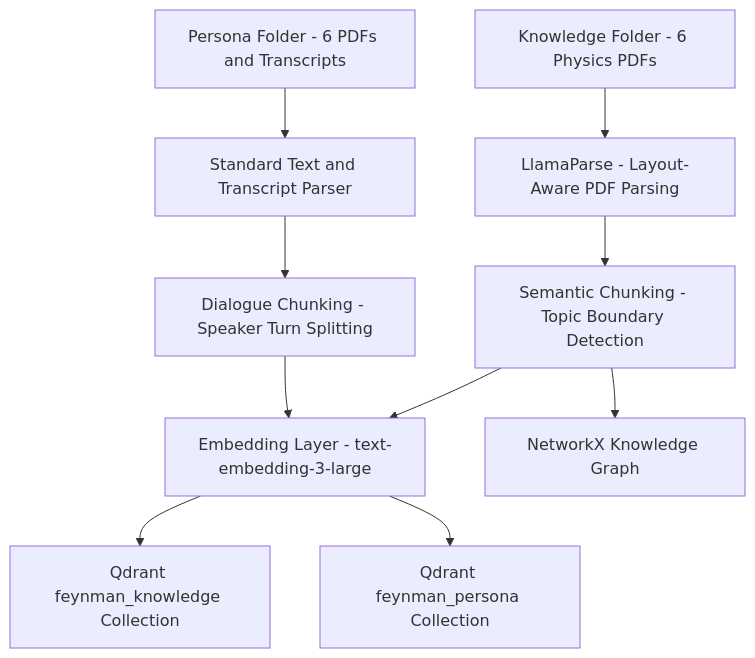
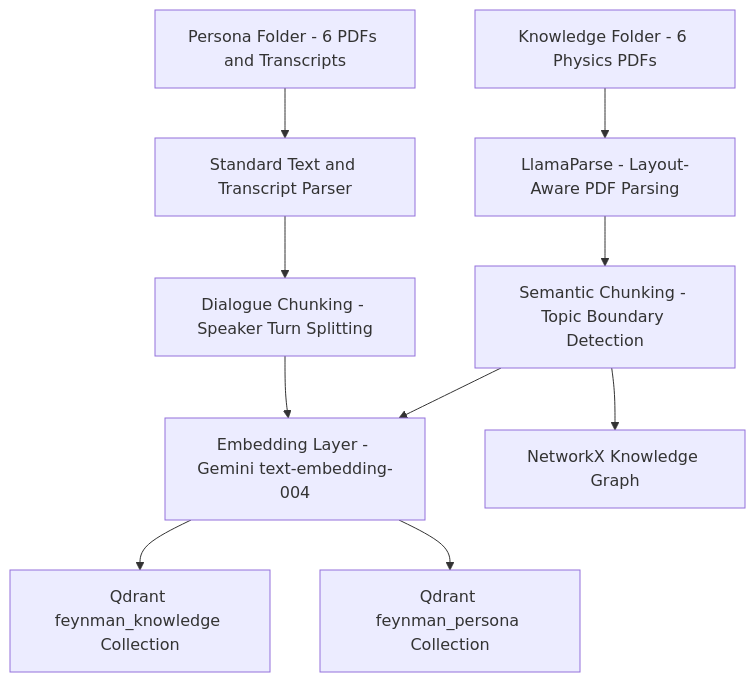
The second of 2 diagrams in README.md (RajatRawal-06/Digital_Twin_Rag), drawn with Mermaid before and after one commit. The commit also changed other lines of this file and 3 other files, not shown here.

Commit message:
Replace OpenAI embeddings with Gemini text-embedding-004: no OpenAI key needed, uses existing Gemini API key

````diff
--- a/README.md
+++ b/README.md
@@ -165,15 +165,15 @@
 ```mermaid
 flowchart TB
     K["Knowledge Folder - 6 Physics PDFs"] --> KP["LlamaParse - Layout-Aware PDF Parsing"]
     P["Persona Folder - 6 PDFs and Transcripts"] --> PP["Standard Text and Transcript Parser"]
 
     KP --> KC["Semantic Chunking - Topic Boundary Detection"]
     PP --> PC["Dialogue Chunking - Speaker Turn Splitting"]
 
-    KC --> EMB["Embedding Layer - text-embedding-3-large"]
+    KC --> EMB["Embedding Layer - Gemini text-embedding-004"]
     PC --> EMB
 
     EMB --> QK["Qdrant feynman_knowledge Collection"]
     EMB --> QP["Qdrant feynman_persona Collection"]
     KC --> KG["NetworkX Knowledge Graph"]
 ```
````
